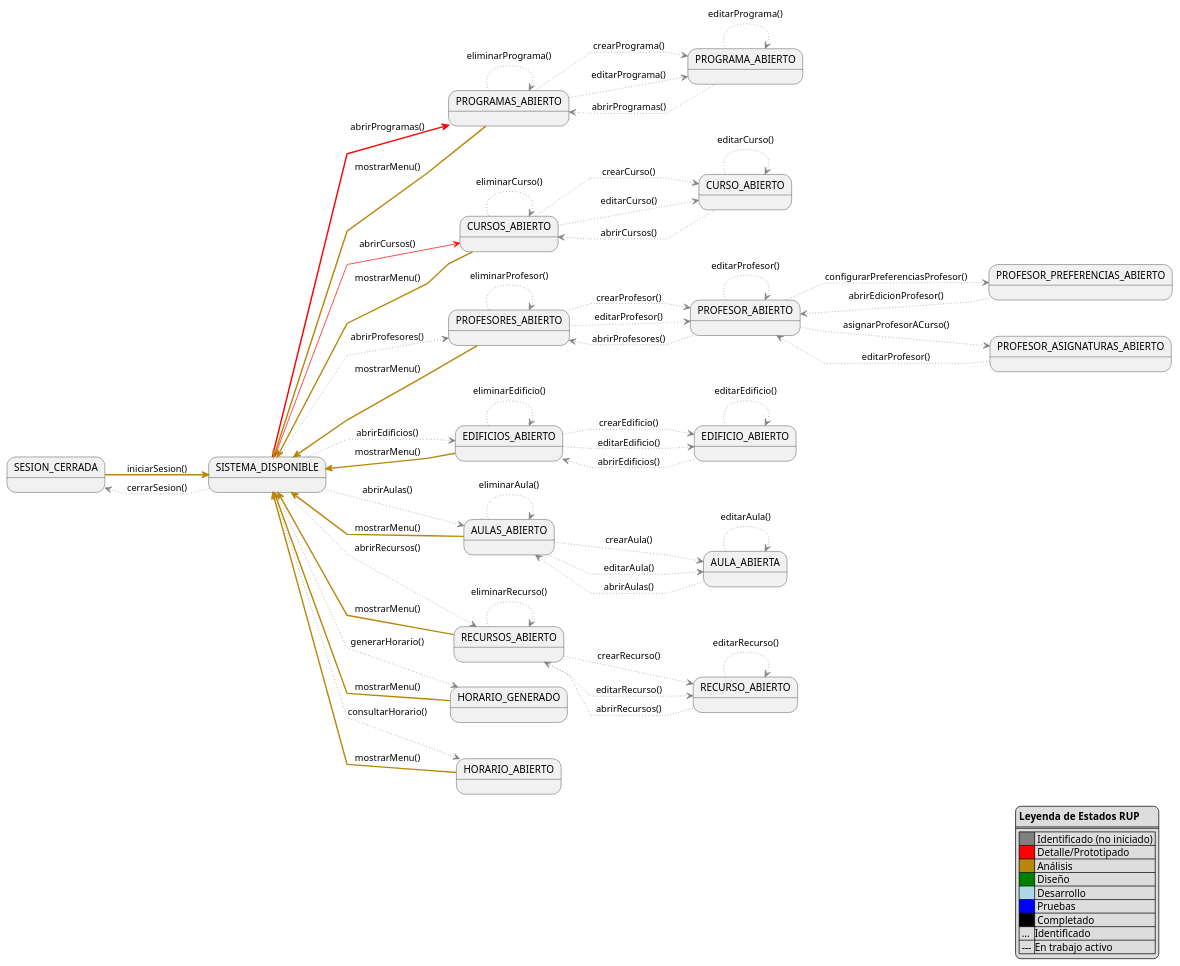
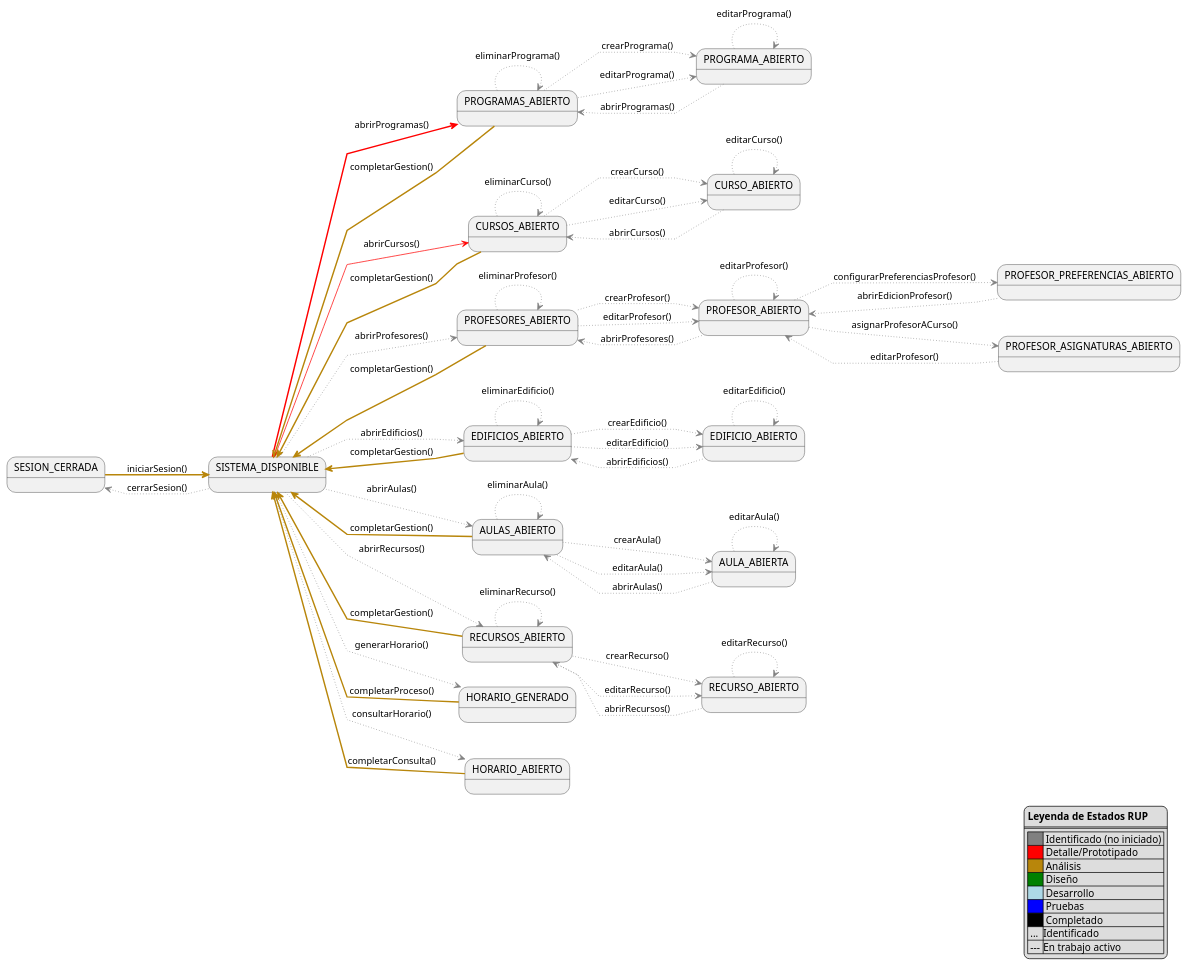
Before and after one commit to Hexcss/scheduler: the diagram in RUP/99-seguimiento/diagrama-contexto-administrador.puml, drawn with PlantUML. The commit also changed 27 other files, not shown here.

```diff
--- a/RUP/99-seguimiento/diagrama-contexto-administrador.puml
+++ b/RUP/99-seguimiento/diagrama-contexto-administrador.puml
@@ -1,96 +1,96 @@
 @startuml diagrama-contexto-administrador
 
 left to right direction
 skinparam linetype polyline
 
 legend bottom right
     **Leyenda de Estados RUP**
     ====
     |<#gray>     | Identificado (no iniciado) |
     |<#red>      | Detalle/Prototipado |
     |<#darkgoldenrod>| Análisis |
     |<#green>    | Diseño |
     |<#lightblue>| Desarrollo |
     |<#blue>     | Pruebas |
     |<#black>    | Completado |
     | ... |Identificado|
     | --- |En trabajo activo|
 end legend
 
 state "SESION_CERRADA" as NoAuth
 state "SISTEMA_DISPONIBLE" as Menu
 
 state "PROGRAMAS_ABIERTO" as ListProgramas
 state "PROGRAMA_ABIERTO" as EditPrograma
 state "CURSOS_ABIERTO" as ListCursos
 state "CURSO_ABIERTO" as EditCurso
 state "PROFESORES_ABIERTO" as ListProfesores
 state "PROFESOR_ABIERTO" as EditProfesor
 state "PROFESOR_PREFERENCIAS_ABIERTO" as EditProfesorPreferencias
 state "EDIFICIOS_ABIERTO" as ListEdificios
 state "EDIFICIO_ABIERTO" as EditEdificio
 state "AULAS_ABIERTO" as ListAulas
 state "AULA_ABIERTA" as EditAula
 state "RECURSOS_ABIERTO" as ListRecursos
 state "RECURSO_ABIERTO" as EditRecurso
 
 state "PROFESOR_ASIGNATURAS_ABIERTO" as Asignaciones
 state "HORARIO_GENERADO" as Generacion
 state "HORARIO_ABIERTO" as Consulta
 
 NoAuth -[#darkgoldenrod,thickness=2]-> Menu: iniciarSesion()
 
 Menu -[#gray,dotted]-> NoAuth: cerrarSesion()
 Menu -[#red,thickness=2]-> ListProgramas: abrirProgramas()
 Menu -[#red,thickness=1]-> ListCursos: abrirCursos()
 Menu -[#gray,dotted]-> ListProfesores: abrirProfesores()
 Menu -[#gray,dotted]-> ListEdificios: abrirEdificios()
 Menu -[#gray,dotted]-> ListAulas: abrirAulas()
 Menu -[#gray,dotted]-> ListRecursos: abrirRecursos()
 Menu -[#gray,dotted]-> Generacion: generarHorario()
 Menu -[#gray,dotted]-> Consulta: consultarHorario()
 
 EditProfesor -[#gray,dotted]-> Asignaciones: asignarProfesorACurso()
 
 Asignaciones -[#gray,dotted]-> EditProfesor: editarProfesor()
 ListProgramas -[#gray,dotted]-> EditPrograma: crearPrograma()
 ListProgramas -[#gray,dotted]-> EditPrograma: editarPrograma()
 ListProgramas -[#gray,dotted]-> ListProgramas: eliminarPrograma()
 EditPrograma -[#gray,dotted]-> EditPrograma: editarPrograma()
 EditPrograma -[#gray,dotted]-> ListProgramas: abrirProgramas()
 ListCursos -[#gray,dotted]-> EditCurso: crearCurso()
 ListCursos -[#gray,dotted]-> EditCurso: editarCurso()
 ListCursos -[#gray,dotted]-> ListCursos: eliminarCurso()
 EditCurso -[#gray,dotted]-> EditCurso: editarCurso()
 EditCurso -[#gray,dotted]-> ListCursos: abrirCursos()
 ListProfesores -[#gray,dotted]-> EditProfesor: crearProfesor()
 ListProfesores -[#gray,dotted]-> EditProfesor: editarProfesor()
 ListProfesores -[#gray,dotted]-> ListProfesores: eliminarProfesor()
 EditProfesor -[#gray,dotted]-> EditProfesor: editarProfesor()
 EditProfesor -[#gray,dotted]-> EditProfesorPreferencias: configurarPreferenciasProfesor()
 EditProfesor -[#gray,dotted]-> ListProfesores: abrirProfesores()
 EditProfesorPreferencias -[#gray,dotted]-> EditProfesor: abrirEdicionProfesor()
 ListEdificios -[#gray,dotted]-> EditEdificio: crearEdificio()
 ListEdificios -[#gray,dotted]-> EditEdificio: editarEdificio()
 ListEdificios -[#gray,dotted]-> ListEdificios: eliminarEdificio()
 EditEdificio -[#gray,dotted]-> EditEdificio: editarEdificio()
 EditEdificio -[#gray,dotted]-> ListEdificios: abrirEdificios()
 ListAulas -[#gray,dotted]-> EditAula: crearAula()
 ListAulas -[#gray,dotted]-> EditAula: editarAula()
 ListAulas -[#gray,dotted]-> ListAulas: eliminarAula()
 EditAula -[#gray,dotted]-> EditAula: editarAula()
 EditAula -[#gray,dotted]-> ListAulas: abrirAulas()
 ListRecursos -[#gray,dotted]-> EditRecurso: crearRecurso()
 ListRecursos -[#gray,dotted]-> EditRecurso: editarRecurso()
 ListRecursos -[#gray,dotted]-> ListRecursos: eliminarRecurso()
 EditRecurso -[#gray,dotted]-> EditRecurso: editarRecurso()
 EditRecurso -[#gray,dotted]-> ListRecursos: abrirRecursos()
-ListProgramas -[#darkgoldenrod,thickness=2]-> Menu: mostrarMenu()
-ListCursos -[#darkgoldenrod,thickness=2]-> Menu: mostrarMenu()
-ListProfesores -[#darkgoldenrod,thickness=2]-> Menu: mostrarMenu()
-ListEdificios -[#darkgoldenrod,thickness=2]-> Menu: mostrarMenu()
-ListAulas -[#darkgoldenrod,thickness=2]-> Menu: mostrarMenu()
-ListRecursos -[#darkgoldenrod,thickness=2]-> Menu: mostrarMenu()
-Generacion -[#darkgoldenrod,thickness=2]-> Menu: mostrarMenu()
-Consulta -[#darkgoldenrod,thickness=2]-> Menu: mostrarMenu()
+ListProgramas -[#darkgoldenrod,thickness=2]-> Menu: completarGestion()
+ListCursos -[#darkgoldenrod,thickness=2]-> Menu: completarGestion()
+ListProfesores -[#darkgoldenrod,thickness=2]-> Menu: completarGestion()
+ListEdificios -[#darkgoldenrod,thickness=2]-> Menu: completarGestion()
+ListAulas -[#darkgoldenrod,thickness=2]-> Menu: completarGestion()
+ListRecursos -[#darkgoldenrod,thickness=2]-> Menu: completarGestion()
+Generacion -[#darkgoldenrod,thickness=2]-> Menu: completarProceso()
+Consulta -[#darkgoldenrod,thickness=2]-> Menu: completarConsulta()
 @enduml
```
